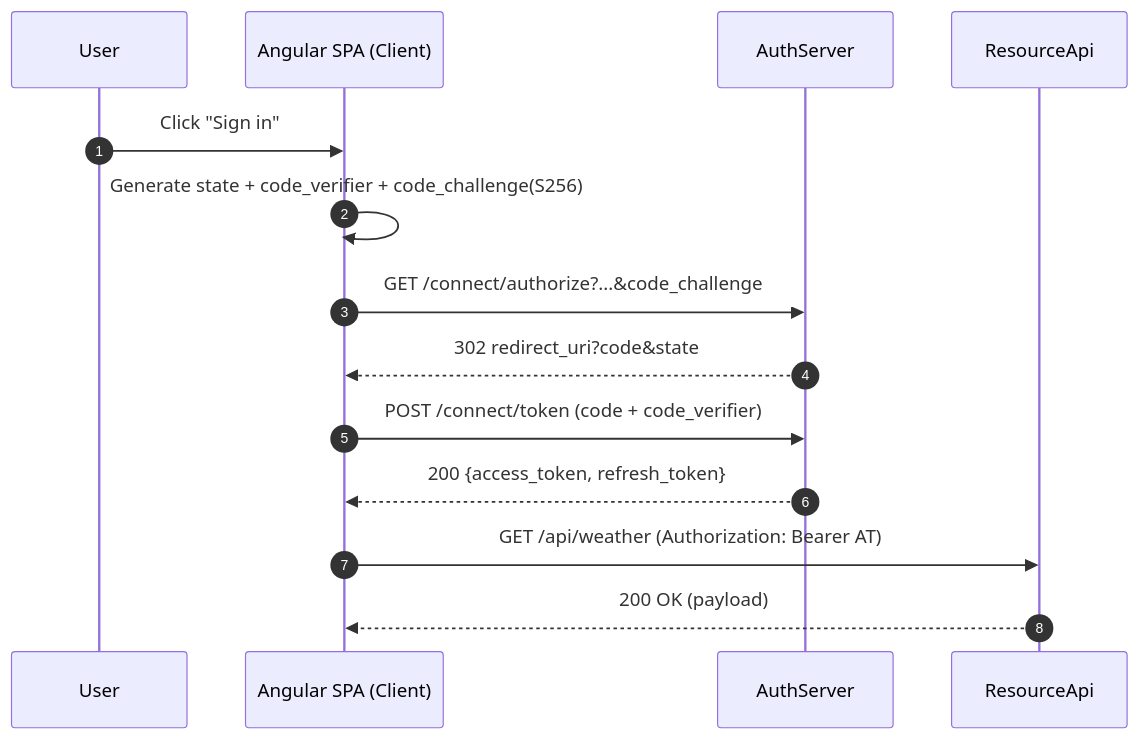
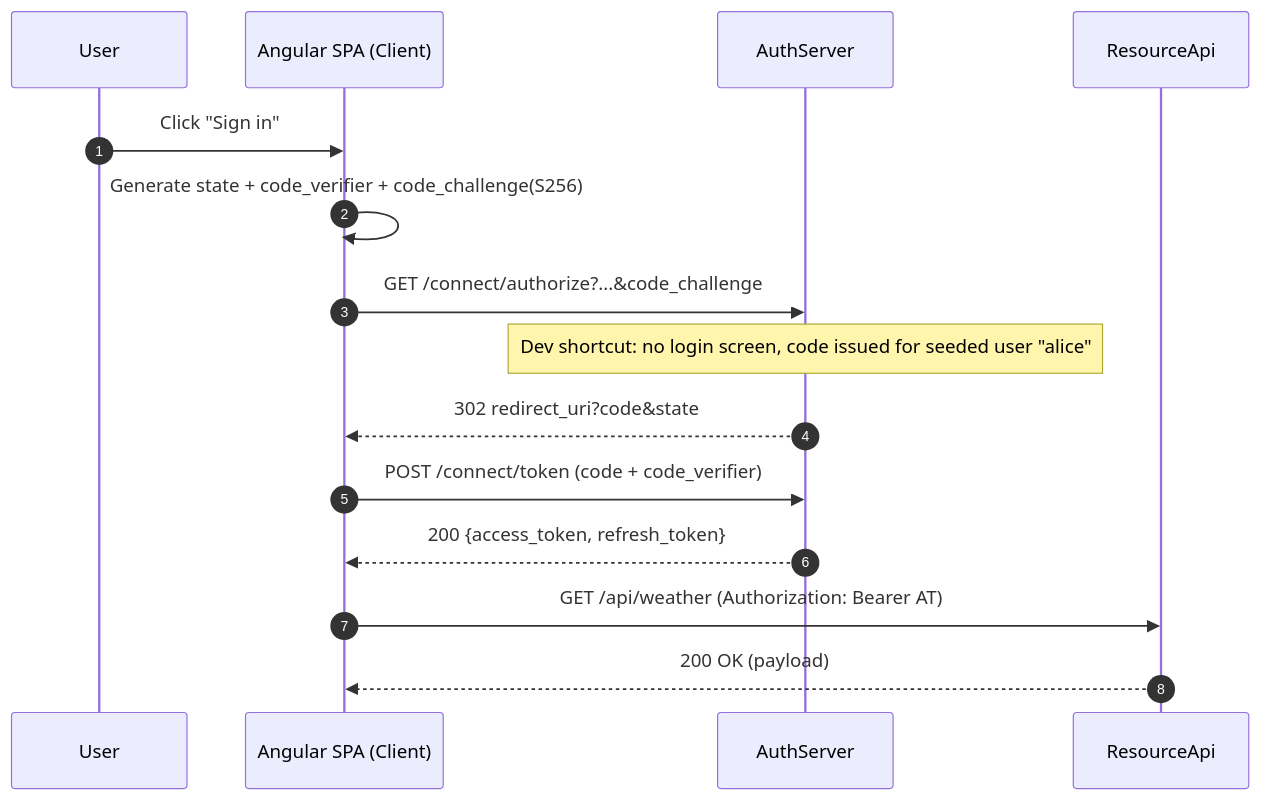
The first of 4 diagrams in 01-from-scratch/README.md (HariVenkataKrishnaKotha/oauth2-identity-lab), drawn with Mermaid before and after one commit. The commit also changed other lines of this file and 2 other files, not shown here.

````diff
--- a/01-from-scratch/README.md
+++ b/01-from-scratch/README.md
@@ -36,17 +38,18 @@
 ```mermaid
 sequenceDiagram
   autonumber
   participant U as User
   participant SPA as Angular SPA (Client)
   participant AS as AuthServer
   participant RS as ResourceApi
 
   U->>SPA: Click "Sign in"
   SPA->>SPA: Generate state + code_verifier + code_challenge(S256)
   SPA->>AS: GET /connect/authorize?...&code_challenge
+  Note over AS: Dev shortcut: no login screen, code issued for seeded user "alice"
   AS-->>SPA: 302 redirect_uri?code&state
   SPA->>AS: POST /connect/token (code + code_verifier)
   AS-->>SPA: 200 {access_token, refresh_token}
   SPA->>RS: GET /api/weather (Authorization: Bearer AT)
   RS-->>SPA: 200 OK (payload)
 ```
````
